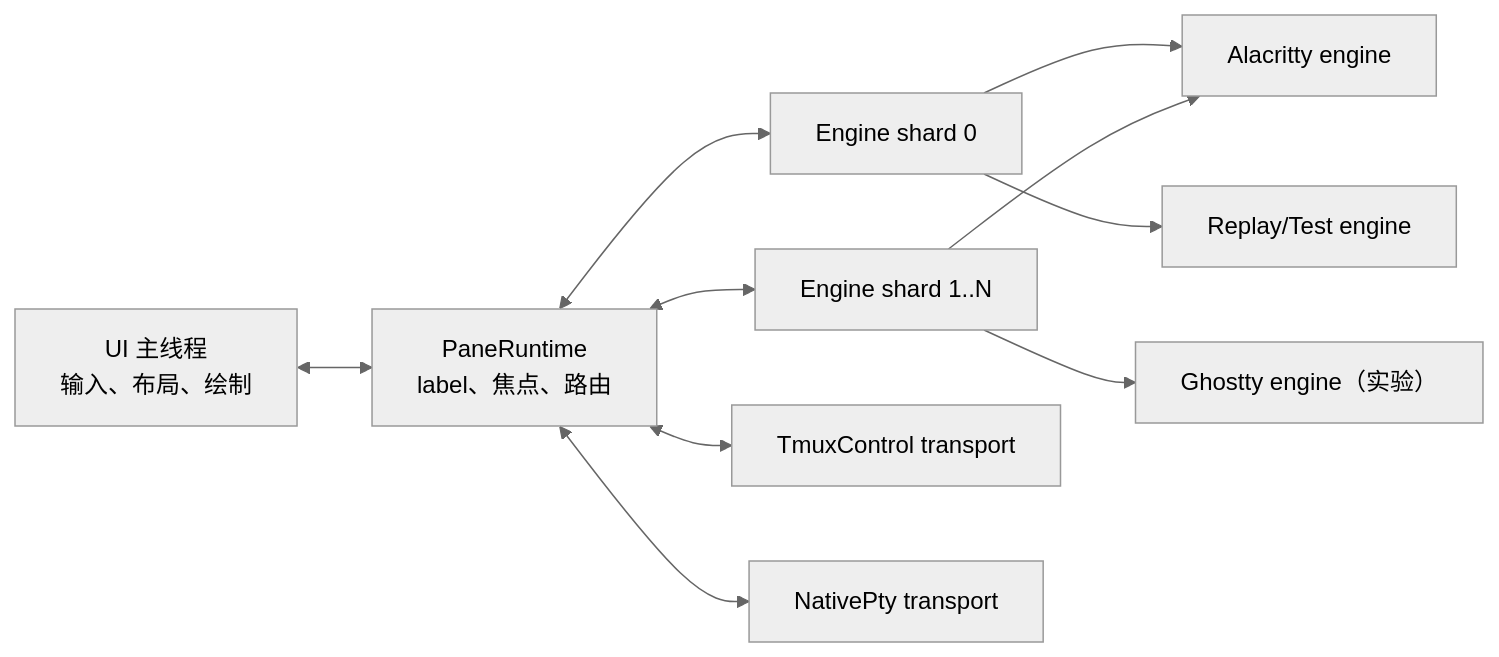
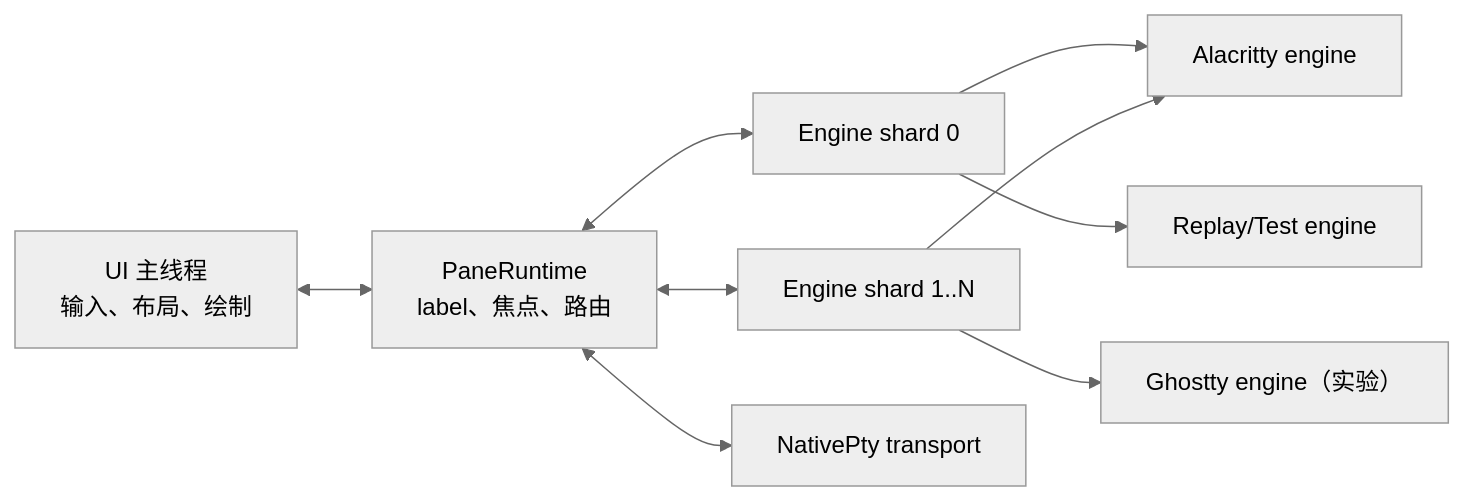
One commit to T1mn/pad changed the diagram in docs/embedded-terminal-plan.md. Above: the diagram before and after it, drawn with Mermaid (neutral theme). The commit also changed other lines of this file and 478 other files, not shown here.

````diff
--- a/docs/embedded-terminal-plan.md
+++ b/docs/embedded-terminal-plan.md
@@ -22,22 +22,20 @@
 ```mermaid
 flowchart LR
     UI["UI 主线程<br/>输入、布局、绘制"]
     PR["PaneRuntime<br/>label、焦点、路由"]
     S0["Engine shard 0"]
     S1["Engine shard 1..N"]
-    TM["TmuxControl transport"]
     PTY["NativePty transport"]
     A["Alacritty engine"]
     G["Ghostty engine（实验）"]
     R["Replay/Test engine"]
 
     UI <--> PR
     PR <--> S0
     PR <--> S1
-    PR <--> TM
     PR <--> PTY
     S0 --> A
     S0 --> R
     S1 --> A
     S1 --> G
 ```
````
